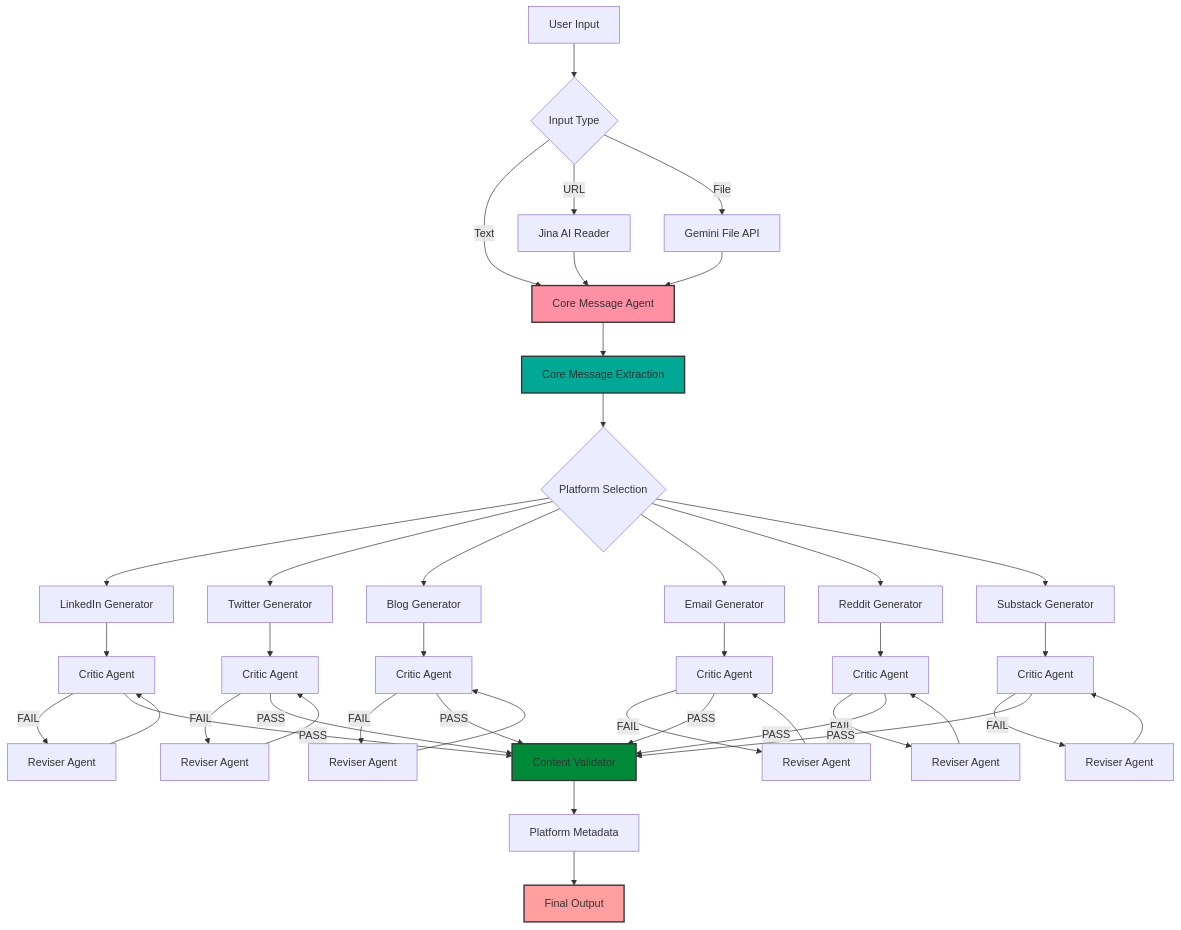
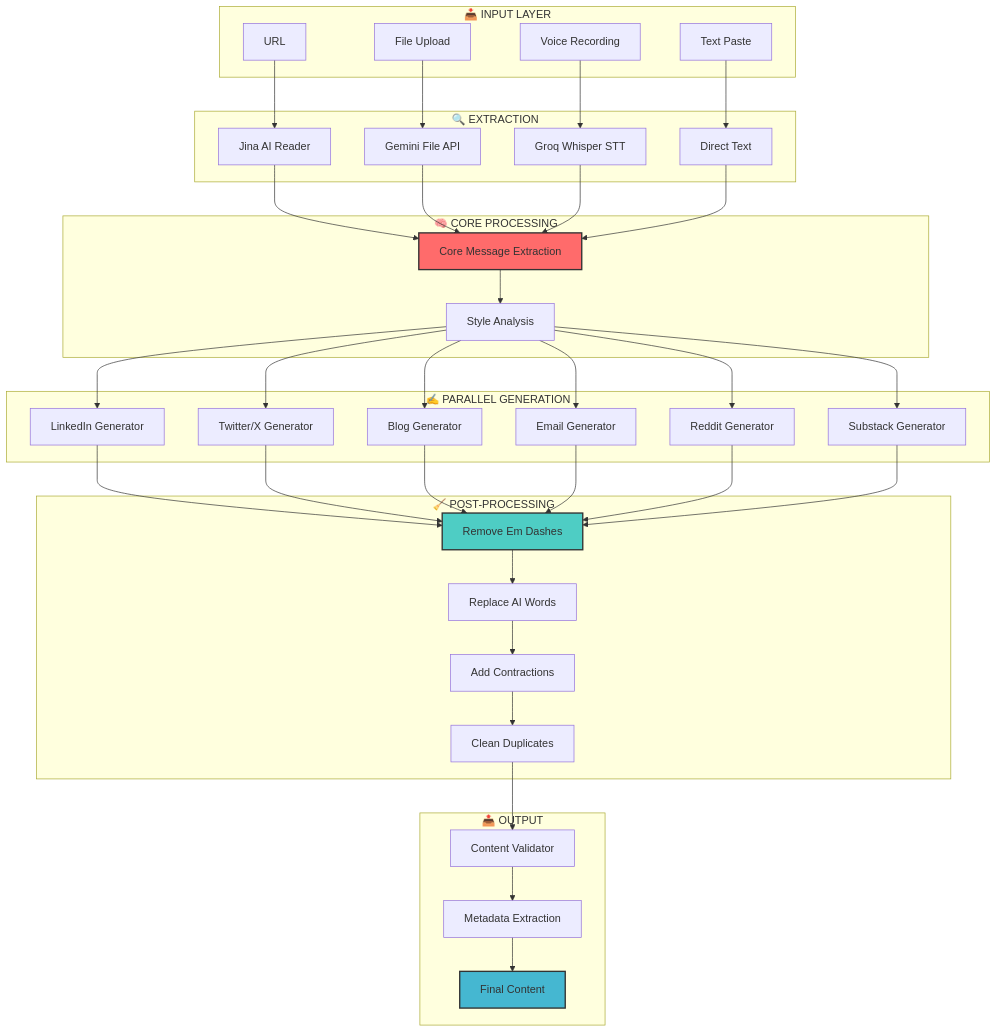
The diagram in README.md (anujpatel2899/content-repurposing-engine), drawn with Mermaid before and after one commit. The commit also changed other lines of this file and 11 other files, not shown here.

````diff
--- a/README.md
+++ b/README.md
@@ -73,56 +83,65 @@
 ```mermaid
 graph TB
-    A[User Input] --> B{Input Type}
-    B -->|Text| C[Core Message Agent]
-    B -->|URL| D[Jina AI Reader]
-    B -->|File| E[Gemini File API]
+    subgraph Input["📥 INPUT LAYER"]
+        A1[Text Paste]
+        A2[URL]
+        A3[File Upload]
+        A4[Voice Recording]
+    end
     
-    D --> C
-    E --> C
+    subgraph Extraction["🔍 EXTRACTION"]
+        B1[Jina AI Reader]
+        B2[Gemini File API]
+        B3[Groq Whisper STT]
+        B4[Direct Text]
+    end
     
-    C --> F[Core Message Extraction]
-    F --> G{Platform Selection}
+    subgraph Core["🧠 CORE PROCESSING"]
+        C1[Core Message Extraction]
+        C2[Style Analysis]
+    end
     
-    G --> H1[LinkedIn Generator]
-    G --> H2[Twitter Generator]
-    G --> H3[Blog Generator]
-    G --> H4[Email Generator]
-    G --> H5[Reddit Generator]
-    G --> H6[Substack Generator]
+    subgraph Generation["✍️ PARALLEL GENERATION"]
+        D1[LinkedIn Generator]
+        D2[Twitter/X Generator]
+        D3[Blog Generator]
+        D4[Email Generator]
+        D5[Reddit Generator]
+        D6[Substack Generator]
+    end
     
-    H1 --> I1[Critic Agent]
-    H2 --> I2[Critic Agent]
-    H3 --> I3[Critic Agent]
-    H4 --> I4[Critic Agent]
-    H5 --> I5[Critic Agent]
-    H6 --> I6[Critic Agent]
+    subgraph Cleanup["🧹 POST-PROCESSING"]
+        E1[Remove Em Dashes]
+        E2[Replace AI Words]
+        E3[Add Contractions]
+        E4[Clean Duplicates]
+    end
     
-    I1 -->|FAIL| J1[Reviser Agent]
-    I2 -->|FAIL| J2[Reviser Agent]
-    I3 -->|FAIL| J3[Reviser Agent]
-    I4 -->|FAIL| J4[Reviser Agent]
-    I5 -->|FAIL| J5[Reviser Agent]
-    I6 -->|FAIL| J6[Reviser Agent]
+    subgraph Output["📤 OUTPUT"]
+        F1[Content Validator]
+        F2[Metadata Extraction]
+        F3[Final Content]
+    end
     
-    J1 --> I1
-    J2 --> I2
-    J3 --> I3
-    J4 --> I4
-    J5 --> I5
-    J6 --> I6
+    A1 --> B4
+    A2 --> B1
+    A3 --> B2
+    A4 --> B3
     
-    I1 -->|PASS| K[Content Validator]
-    I2 -->|PASS| K
-    I3 -->|PASS| K
-    I4 -->|PASS| K
-    I5 -->|PASS| K
-    I6 -->|PASS| K
+    B1 --> C1
+    B2 --> C1
+    B3 --> C1
+    B4 --> C1
     
-    K --> L[Platform Metadata]
-    L --> M[Final Output]
+    C1 --> C2
+    C2 --> D1 & D2 & D3 & D4 & D5 & D6
     
-    style C fill:#FF8FA3,stroke:#333,stroke-width:2px
-    style F fill:#00A896,stroke:#333,stroke-width:2px
-    style K fill:#028A3B,stroke:#333,stroke-width:2px
-    style M fill:#FF9E9E,stroke:#333,stroke-width:2px
+    D1 & D2 & D3 & D4 & D5 & D6 --> E1
+    E1 --> E2 --> E3 --> E4
+    
+    E4 --> F1 --> F2 --> F3
+    
+    style C1 fill:#FF6B6B,stroke:#333,stroke-width:2px
+    style E1 fill:#4ECDC4,stroke:#333,stroke-width:2px
+    style F3 fill:#45B7D1,stroke:#333,stroke-width:2px
 ```
````
